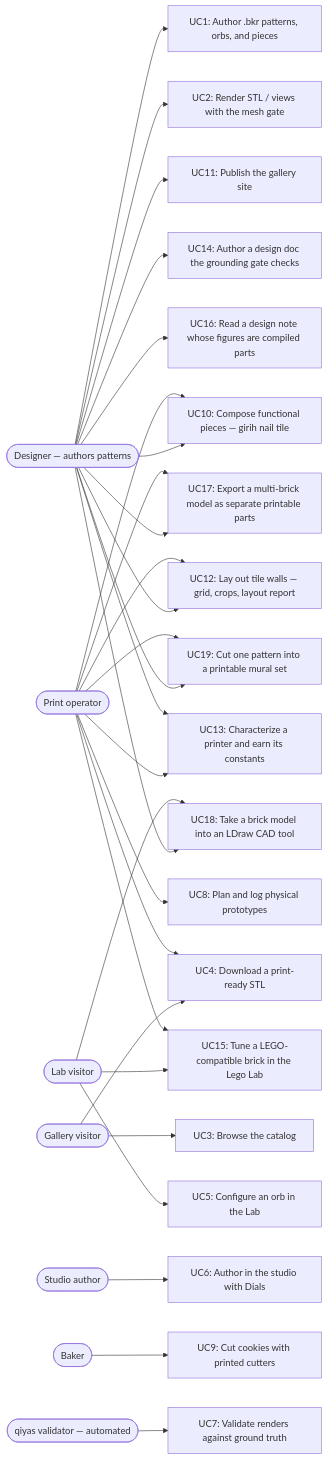
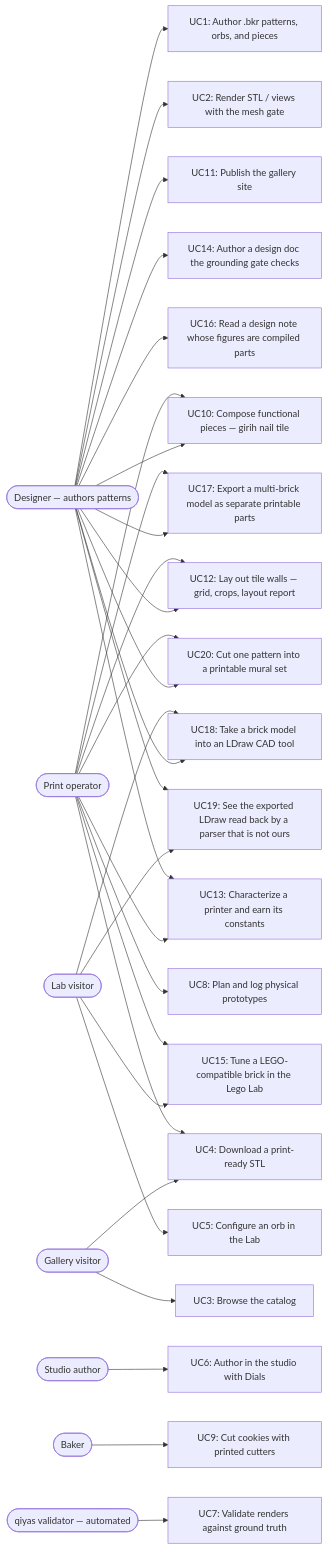
Before and after one commit to omars-lab/3d-models: the diagram in .claude/skills/maintain-use-cases/use-cases.md, drawn with Mermaid. The commit also changed other lines of this file, not shown here.

First line of the commit message:
docs(use-cases): merge the map — read-back keeps UC19, the mural set becomes UC20

````diff
--- a/.claude/skills/maintain-use-cases/use-cases.md
+++ b/.claude/skills/maintain-use-cases/use-cases.md
@@ -34,38 +34,40 @@
 ```mermaid
 flowchart LR
   designer([Designer — authors patterns])
   visitor([Gallery visitor])
   labuser([Lab visitor])
   studiouser([Studio author])
   printop([Print operator])
   baker([Baker])
   validator([qiyas validator — automated])
 
   designer --> UC1[UC1: Author .bkr patterns, orbs, and pieces]
   designer --> UC2[UC2: Render STL / views with the mesh gate]
   designer --> UC10[UC10: Compose functional pieces — girih nail tile]
   designer --> UC11[UC11: Publish the gallery site]
   designer --> UC12[UC12: Lay out tile walls — grid, crops, layout report]
   designer --> UC14[UC14: Author a design doc the grounding gate checks]
   designer --> UC16[UC16: Read a design note whose figures are compiled parts]
   designer --> UC17[UC17: Export a multi-brick model as separate printable parts]
   printop --> UC17
   designer --> UC18[UC18: Take a brick model into an LDraw CAD tool]
   labuser --> UC18
-  designer --> UC19[UC19: Cut one pattern into a printable mural set]
-  printop --> UC19
+  labuser --> UC19[UC19: See the exported LDraw read back by a parser that is not ours]
+  designer --> UC19
+  designer --> UC20[UC20: Cut one pattern into a printable mural set]
+  printop --> UC20
   visitor --> UC3[UC3: Browse the catalog]
   visitor --> UC4[UC4: Download a print-ready STL]
   labuser --> UC5[UC5: Configure an orb in the Lab]
   labuser --> UC15[UC15: Tune a LEGO-compatible brick in the Lego Lab]
   printop --> UC15
   studiouser --> UC6[UC6: Author in the studio with Dials]
   printop --> UC4
   printop --> UC8[UC8: Plan and log physical prototypes]
   printop --> UC10
   printop --> UC12
   printop --> UC13[UC13: Characterize a printer and earn its constants]
   designer --> UC13
   baker --> UC9[UC9: Cut cookies with printed cutters]
   validator --> UC7[UC7: Validate renders against ground truth]
 ```
````
